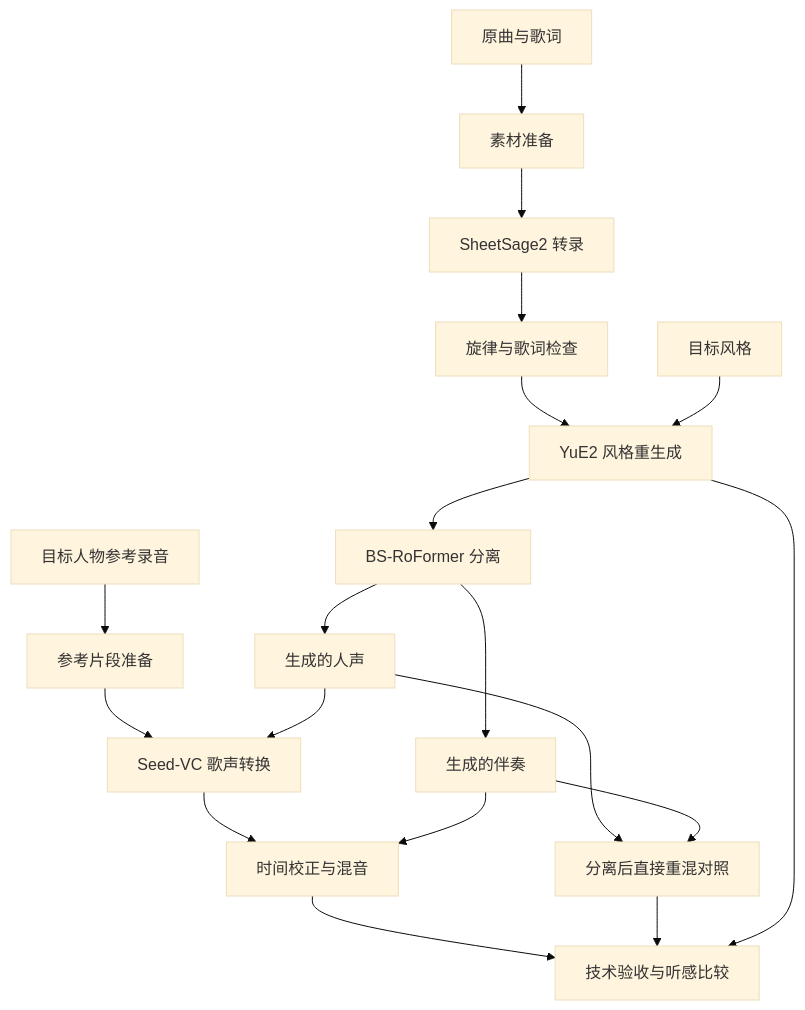
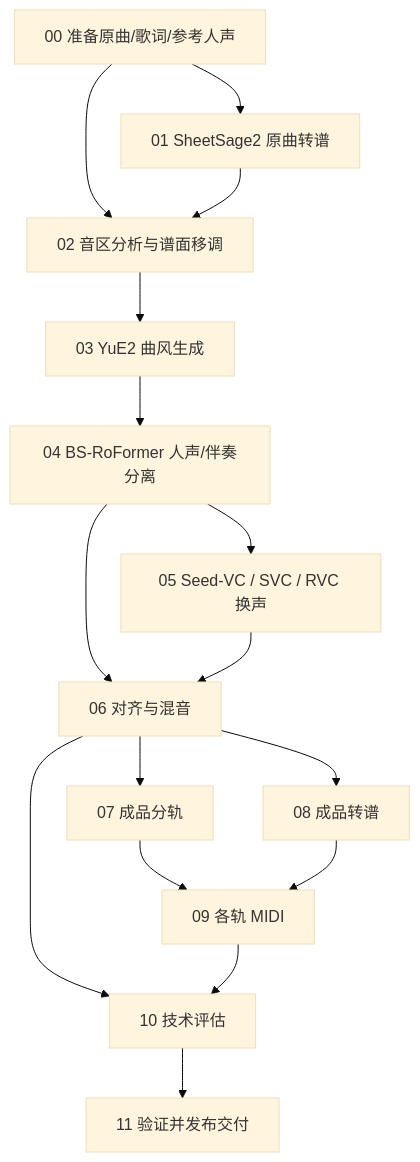
Before and after one commit to Chernobyllight/music-cover-baseline: the diagram in docs/01-architecture.md, drawn with Mermaid (base theme). The commit also changed other lines of this file and 136 other files, not shown here.

Commit message:
Release v1.0 with Seed-VC, SVC, RVC and validated delivery workflow

````diff
--- a/docs/01-architecture.md
+++ b/docs/01-architecture.md
@@ -5,21 +5,18 @@
 ```mermaid
 flowchart TD
-    A[原曲与歌词] --> P[素材准备]
-    P --> T[SheetSage2 转录]
-    T --> G[旋律与歌词检查]
-    G --> Y[YuE2 风格重生成]
-    S[目标风格] --> Y
-    Y --> D[BS-RoFormer 分离]
-    D --> V[生成的人声]
-    D --> I[生成的伴奏]
-    R[目标人物参考录音] --> Q[参考片段准备]
-    Q --> C[Seed-VC 歌声转换]
-    V --> C
-    C --> M[时间校正与混音]
-    I --> M
-    V --> B[分离后直接重混对照]
-    I --> B
-    M --> E[技术验收与听感比较]
-    B --> E
-    Y --> E
+  A[00 准备原曲/歌词/参考人声] --> B[01 SheetSage2 原曲转谱]
+  A --> C[02 音区分析与谱面移调]
+  B --> C
+  C --> D[03 YuE2 曲风生成]
+  D --> E[04 BS-RoFormer 人声/伴奏分离]
+  E --> F[05 Seed-VC / SVC / RVC 换声]
+  E --> G[06 对齐与混音]
+  F --> G
+  G --> H[07 成品分轨]
+  G --> I[08 成品转谱]
+  H --> J[09 各轨 MIDI]
+  I --> J
+  G --> K[10 技术评估]
+  J --> K
+  K --> L[11 验证并发布交付]
 ```
````
